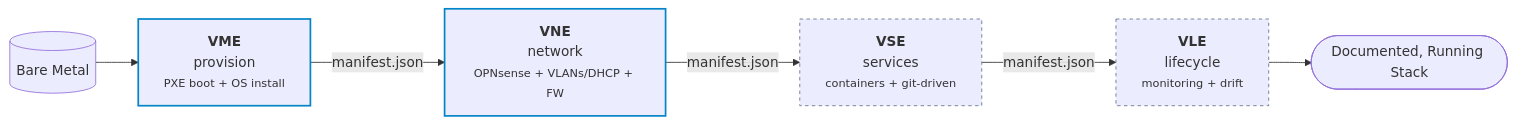
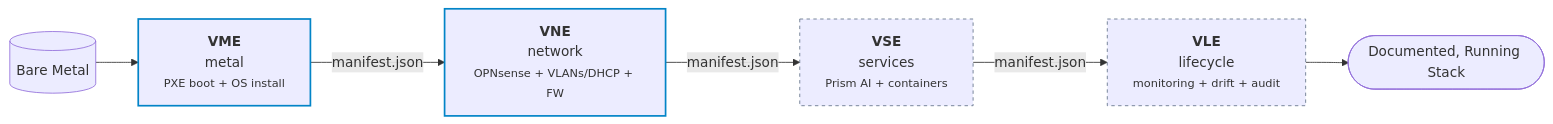
Before and after one commit to velocit-ee/vector-core: the diagram in README.md, drawn with Mermaid. The commit also changed other lines of this file and 10 other files, not shown here.

````diff
--- a/README.md
+++ b/README.md
@@ -16,13 +18,13 @@
 ```mermaid
 flowchart LR
-    BM[("Bare Metal")] --> VME["<b>VME</b><br/>provision<br/><small>PXE boot + OS install</small>"]
+    BM[("Bare Metal")] --> VME["<b>VME</b><br/>metal<br/><small>PXE boot + OS install</small>"]
     VME -->|manifest.json| VNE["<b>VNE</b><br/>network<br/><small>OPNsense + VLANs/DHCP + FW</small>"]
-    VNE -->|manifest.json| VSE["<b>VSE</b><br/>services<br/><small>containers + git-driven</small>"]
-    VSE -->|manifest.json| VLE["<b>VLE</b><br/>lifecycle<br/><small>monitoring + drift</small>"]
+    VNE -->|manifest.json| VSE["<b>VSE</b><br/>services<br/><small>Prism AI + containers</small>"]
+    VSE -->|manifest.json| VLE["<b>VLE</b><br/>lifecycle<br/><small>monitoring + drift + audit</small>"]
     VLE --> STACK(["Documented, Running Stack"])
 
     classDef implemented stroke:#0284c7,stroke-width:2px;
     classDef planned stroke:#64748b,stroke-width:1px,stroke-dasharray: 4 4;
     class VME,VNE implemented;
     class VSE,VLE planned;
 ```
````
